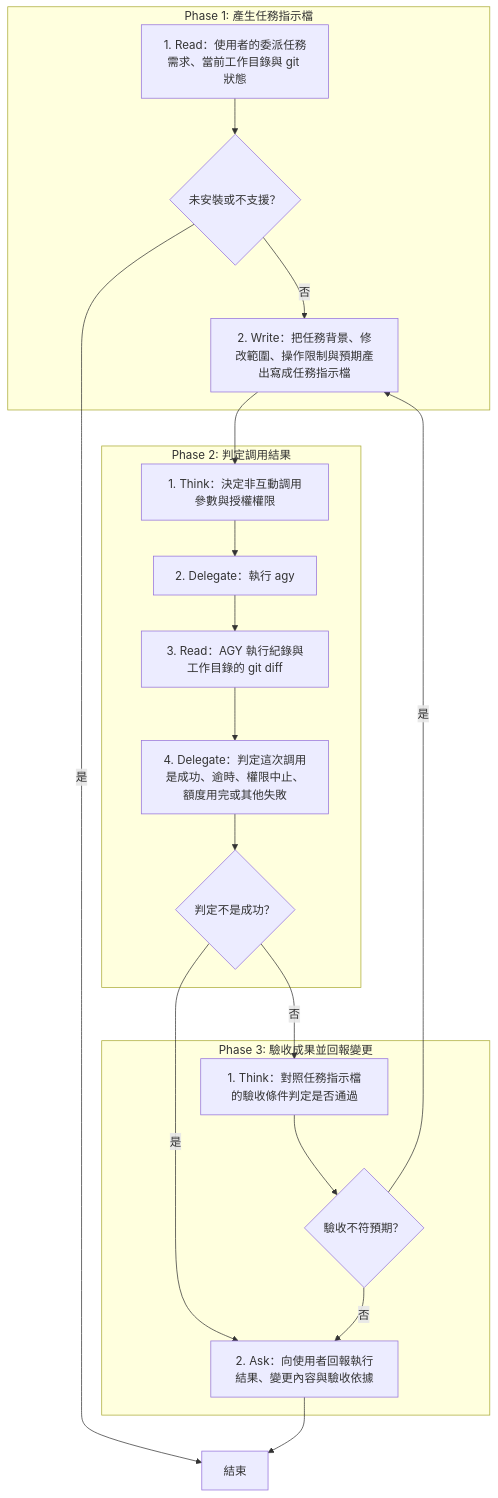
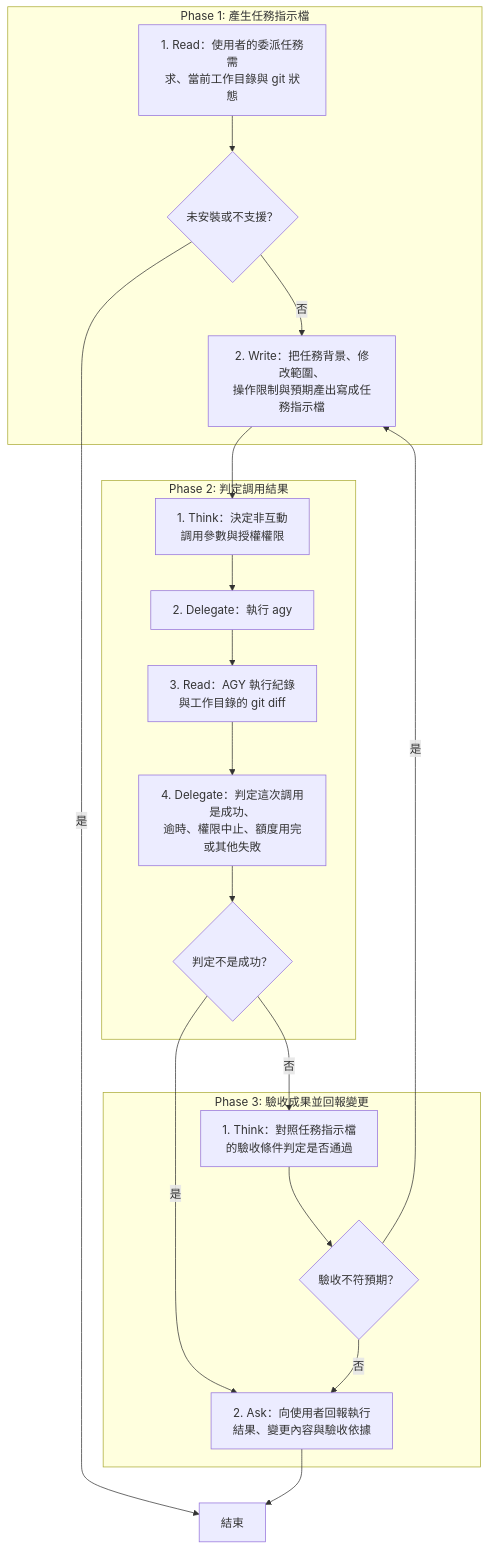
The diagram in .claude/skills/invoke-agy/SKILL.md (AI-x-BDD/BDGG-Dev-Skills), drawn with Mermaid before and after one commit. The commit also changed 43 other files, not shown here.

First line of the commit message:
feat!: skill-form-sop 的流程視覺圖改放檔尾並以粗體標出的核心動作當標籤

````diff
--- a/.claude/skills/invoke-agy/SKILL.md
+++ b/.claude/skills/invoke-agy/SKILL.md
@@ -11,35 +25,35 @@
 ```mermaid
 flowchart TD
     subgraph P1["Phase 1: 產生任務指示檔"]
-        P1S1["1. Read：使用者的委派任務需求、當前工作目錄與 git 狀態"]
+        P1S1["1. Read：使用者的委派任務需<br/>求、當前工作目錄與 git 狀態"]
         G_P1S1_1{"未安裝或不支援？"}
-        P1S2["2. Write：把任務背景、修改範圍、操作限制與預期產出寫成任務指示檔"]
+        P1S2["2. Write：把任務背景、修改範圍、<br/>操作限制與預期產出寫成任務指示檔"]
     end
     subgraph P2["Phase 2: 判定調用結果"]
-        P2S1["1. Think：決定非互動調用參數與授權權限"]
+        P2S1["1. Think：決定非互動<br/>調用參數與授權權限"]
         P2S2["2. Delegate：執行 agy"]
-        P2S3["3. Read：AGY 執行紀錄與工作目錄的 git diff"]
-        P2S4["4. Delegate：判定這次調用是成功、逾時、權限中止、額度用完或其他失敗"]
+        P2S3["3. Read：AGY 執行紀錄<br/>與工作目錄的 git diff"]
+        P2S4["4. Delegate：判定這次調用是成功、<br/>逾時、權限中止、額度用完或其他失敗"]
         G_P2S4_1{"判定不是成功？"}
     end
     subgraph P3["Phase 3: 驗收成果並回報變更"]
-        P3S1["1. Think：對照任務指示檔的驗收條件判定是否通過"]
+        P3S1["1. Think：對照任務指示檔<br/>的驗收條件判定是否通過"]
         G_P3S1_1{"驗收不符預期？"}
-        P3S2["2. Ask：向使用者回報執行結果、變更內容與驗收依據"]
+        P3S2["2. Ask：向使用者回報執行<br/>結果、變更內容與驗收依據"]
     end
     End["結束"]
     P1S1 --> G_P1S1_1
     G_P1S1_1 -->|是| End
     G_P1S1_1 -->|否| P1S2
     P1S2 --> P2S1
     P2S1 --> P2S2
     P2S2 --> P2S3
     P2S3 --> P2S4
     P2S4 --> G_P2S4_1
     G_P2S4_1 -->|是| P3S2
     G_P2S4_1 -->|否| P3S1
     P3S1 --> G_P3S1_1
     G_P3S1_1 -->|是| P1S2
     G_P3S1_1 -->|否| P3S2
     P3S2 --> End
 ```
````
